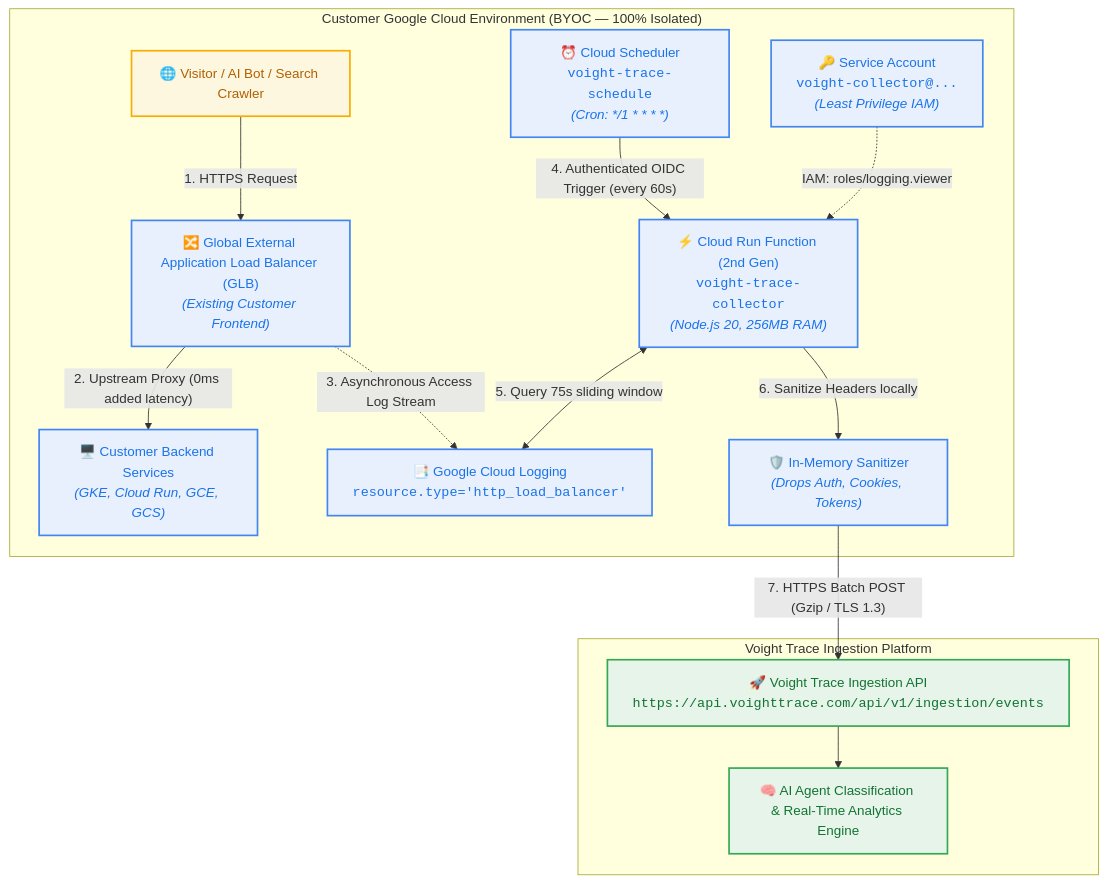
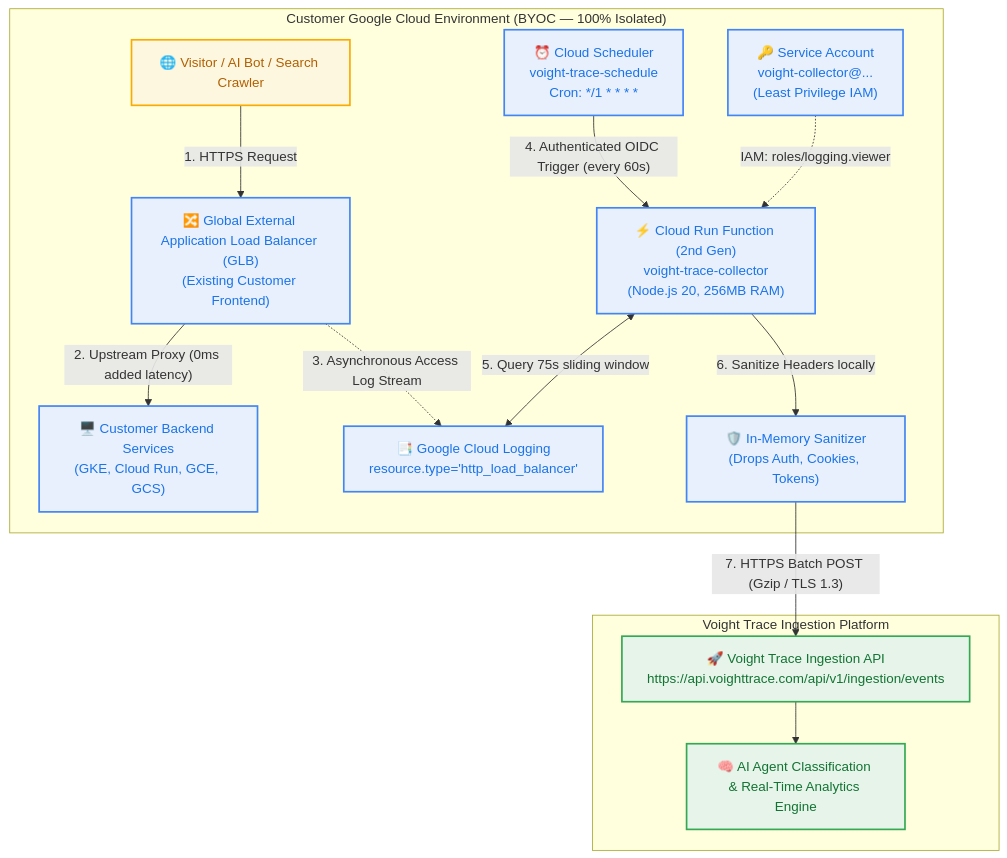
Before and after one commit to voight-trace/gcp-collector: the diagram in README.md, drawn with Mermaid.

Commit message:
fix(readme): remove html code tags from mermaid diagram for universal compatibility

````diff
--- a/README.md
+++ b/README.md
@@ -25,35 +25,35 @@
 ```mermaid
 flowchart TD
     classDef gcp fill:#e8f0fe,stroke:#4285f4,stroke-width:2px,color:#1a73e8;
     classDef voight fill:#e6f4ea,stroke:#34a853,stroke-width:2px,color:#137333;
     classDef traffic fill:#fef7e0,stroke:#f9ab00,stroke-width:2px,color:#b06000;
 
     subgraph ClientGCP ["Customer Google Cloud Environment (BYOC — 100% Isolated)"]
         User["🌐 Visitor / AI Bot / Search Crawler"]:::traffic
-        GLB["🔀 Global External Application Load Balancer (GLB)<br/><i>(Existing Customer Frontend)</i>"]:::gcp
-        Backend["🖥️ Customer Backend Services<br/><i>(GKE, Cloud Run, GCE, GCS)</i>"]:::gcp
-        CloudLogging["📑 Google Cloud Logging<br/><code>resource.type='http_load_balancer'</code>"]:::gcp
+        GLB["🔀 Global External Application Load Balancer (GLB)<br/>(Existing Customer Frontend)"]:::gcp
+        Backend["🖥️ Customer Backend Services<br/>(GKE, Cloud Run, GCE, GCS)"]:::gcp
+        CloudLogging["📑 Google Cloud Logging<br/>resource.type='http_load_balancer'"]:::gcp
         
-        Scheduler["⏰ Cloud Scheduler<br/><code>voight-trace-schedule</code><br/><i>(Cron: */1 * * * *)</i>"]:::gcp
-        ServiceAccount["🔑 Service Account<br/><code>voight-collector@...</code><br/><i>(Least Privilege IAM)</i>"]:::gcp
-        CloudRunFunc["⚡ Cloud Run Function (2nd Gen)<br/><code>voight-trace-collector</code><br/><i>(Node.js 20, 256MB RAM)</i>"]:::gcp
-        Sanitizer["🛡️ In-Memory Sanitizer<br/><i>(Drops Auth, Cookies, Tokens)</i>"]:::gcp
+        Scheduler["⏰ Cloud Scheduler<br/>voight-trace-schedule<br/>Cron: */1 * * * *"]:::gcp
+        ServiceAccount["🔑 Service Account<br/>voight-collector@...<br/>(Least Privilege IAM)"]:::gcp
+        CloudRunFunc["⚡ Cloud Run Function (2nd Gen)<br/>voight-trace-collector<br/>(Node.js 20, 256MB RAM)"]:::gcp
+        Sanitizer["🛡️ In-Memory Sanitizer<br/>(Drops Auth, Cookies, Tokens)"]:::gcp
 
         User -->|"1. HTTPS Request"| GLB
         GLB -->|"2. Upstream Proxy (0ms added latency)"| Backend
         GLB -.->|"3. Asynchronous Access Log Stream"| CloudLogging
         
         Scheduler -->|"4. Authenticated OIDC Trigger (every 60s)"| CloudRunFunc
         ServiceAccount -.->|"IAM: roles/logging.viewer"| CloudRunFunc
         CloudRunFunc <-->|"5. Query 75s sliding window"| CloudLogging
         CloudRunFunc -->|"6. Sanitize Headers locally"| Sanitizer
     end
 
     subgraph VoightPlatform ["Voight Trace Ingestion Platform"]
-        IngestionAPI["🚀 Voight Trace Ingestion API<br/><code>https://api.voighttrace.com/api/v1/ingestion/events</code>"]:::voight
+        IngestionAPI["🚀 Voight Trace Ingestion API<br/>https://api.voighttrace.com/api/v1/ingestion/events"]:::voight
         AnalyticsEngine["🧠 AI Agent Classification & Real-Time Analytics Engine"]:::voight
         
         Sanitizer -->|"7. HTTPS Batch POST (Gzip / TLS 1.3)"| IngestionAPI
         IngestionAPI --> AnalyticsEngine
     end
 ```
````
